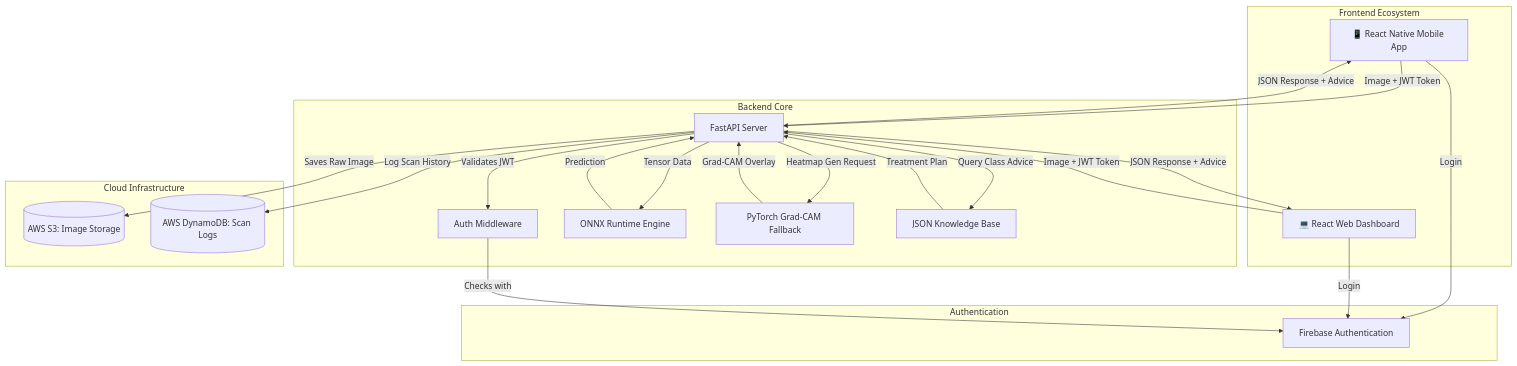
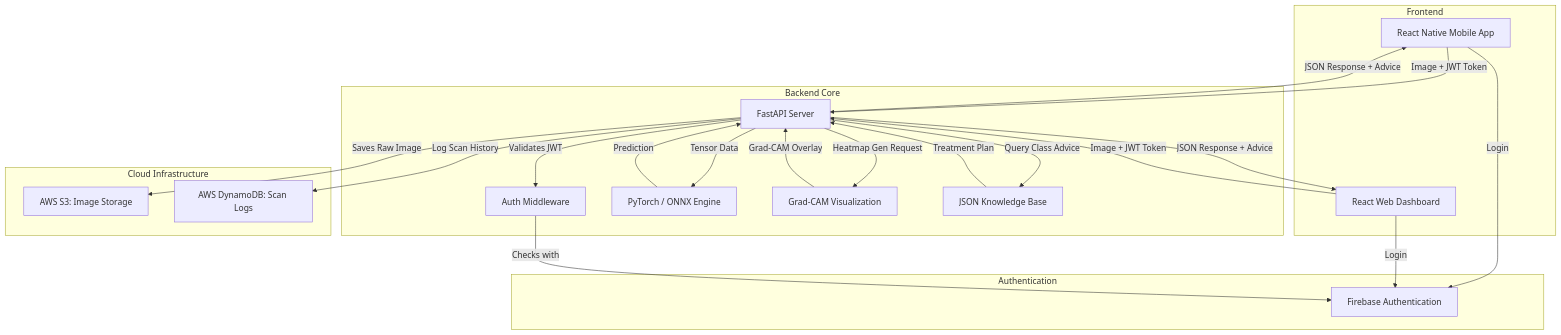
The first of 2 diagrams in README.md (vansh2966/Plantpulse), drawn with Mermaid before and after one commit. The commit also changed other lines of this file and 24 other files, not shown here.

Commit message:
refactor: upgrade AI architecture, fix bugs, and UI polish

````diff
--- a/README.md
+++ b/README.md
@@ -31,48 +31,48 @@
 ```mermaid
 graph TD
-    subgraph Frontend Ecosystem
-        M[📱 React Native Mobile App]
-        W[💻 React Web Dashboard]
+    subgraph Frontend
+        M[React Native Mobile App]
+        W[React Web Dashboard]
     end
 
     subgraph Authentication
         FA[Firebase Authentication]
     end
 
     subgraph Backend Core
         API[FastAPI Server]
         AuthMiddleware[Auth Middleware]
-        OR[ONNX Runtime Engine]
-        PT[PyTorch Grad-CAM Fallback]
+        OR[PyTorch / ONNX Engine]
+        PT[Grad-CAM Visualization]
         KB[JSON Knowledge Base]
     end
 
     subgraph Cloud Infrastructure
-        S3[(AWS S3: Image Storage)]
-        DB[(AWS DynamoDB: Scan Logs)]
+        S3[AWS S3: Image Storage]
+        DB[AWS DynamoDB: Scan Logs]
     end
 
     M -- Login --> FA
     W -- Login --> FA
     M -- Image + JWT Token --> API
     W -- Image + JWT Token --> API
     
     API -- Validates JWT --> AuthMiddleware
     AuthMiddleware -- Checks with --> FA
     
     API -- Saves Raw Image --> S3
     
     API -- Tensor Data --> OR
     OR -- Prediction --> API
     
     API -- Heatmap Gen Request --> PT
     PT -- Grad-CAM Overlay --> API
     
     API -- Query Class Advice --> KB
     KB -- Treatment Plan --> API
     
     API -- Log Scan History --> DB
     
     API -- JSON Response + Advice --> M
     API -- JSON Response + Advice --> W
 ```
````
